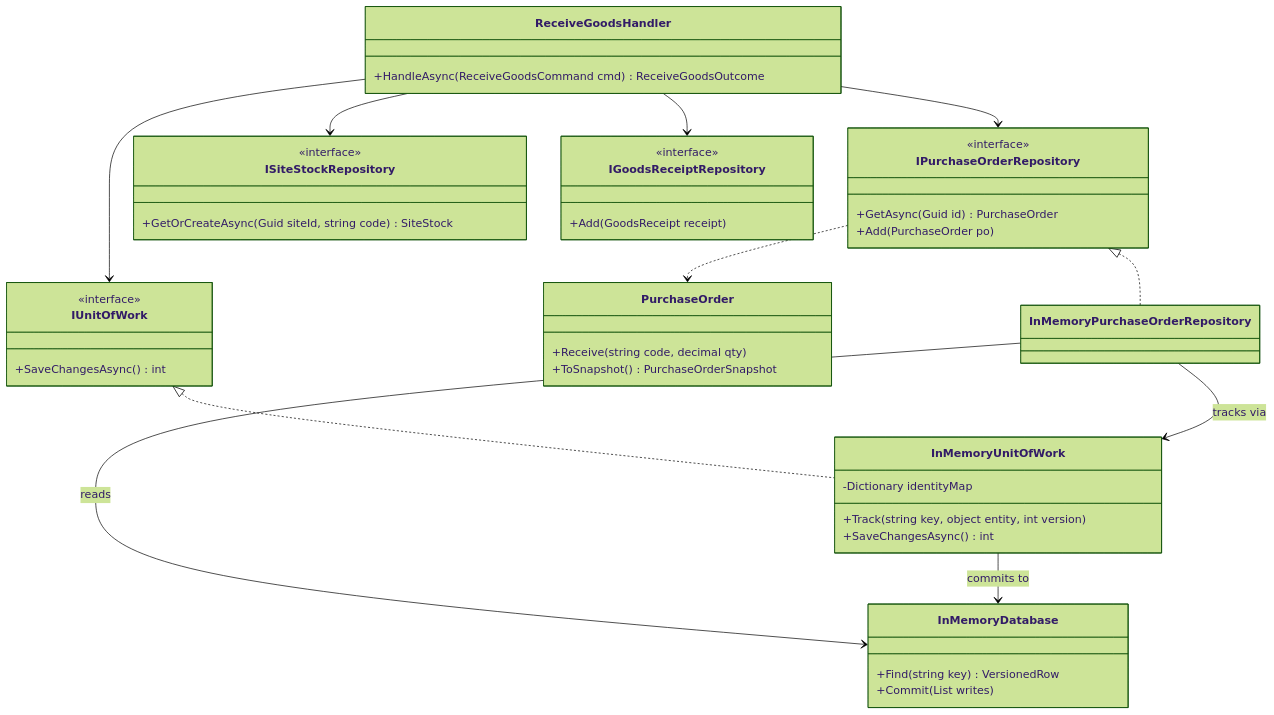
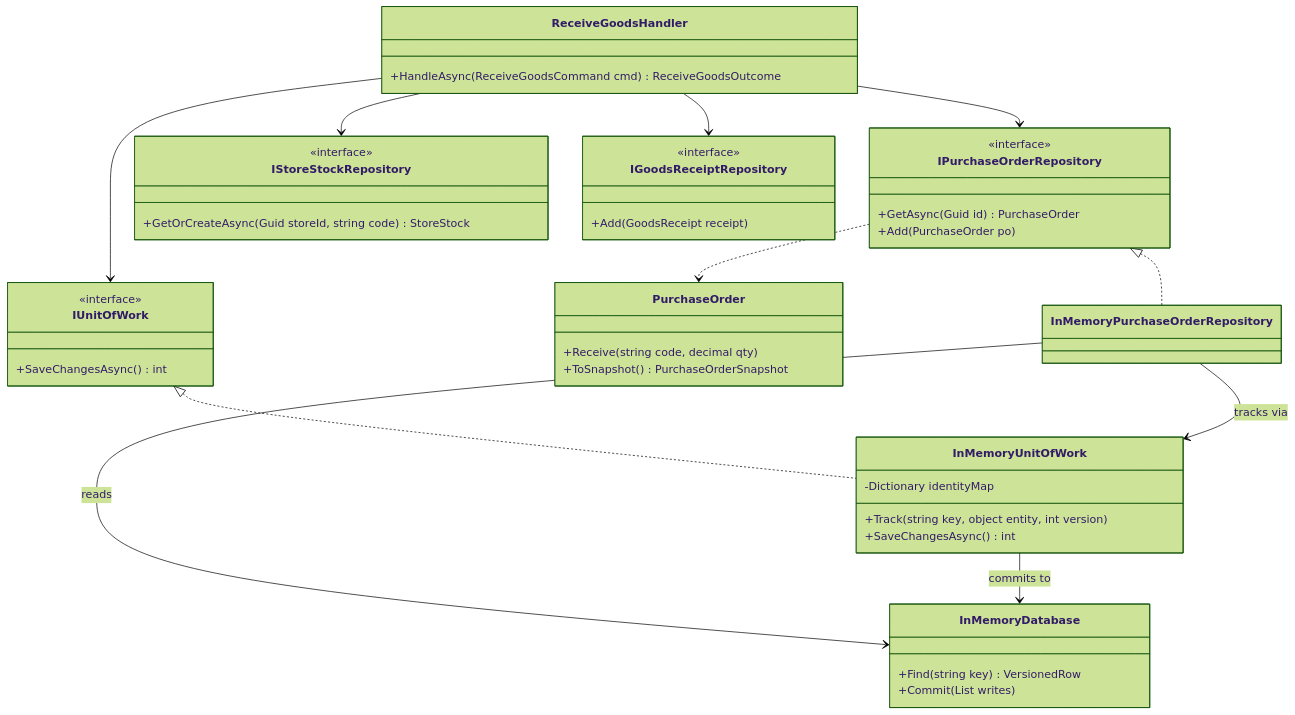
One commit to rizwi0786/system-design-lab changed the first of 2 diagrams in content/lessons/m06/m06-repository-uow.md. Above: the diagram before and after it, drawn with Mermaid (forest theme). The commit also changed other lines of this file and 334 other files, not shown here.

````diff
--- a/content/lessons/m06/m06-repository-uow.md
+++ b/content/lessons/m06/m06-repository-uow.md
@@ -115,46 +117,46 @@
 ```mermaid
 classDiagram
     class ReceiveGoodsHandler {
         +HandleAsync(ReceiveGoodsCommand cmd) ReceiveGoodsOutcome
     }
     class IPurchaseOrderRepository {
         <<interface>>
         +GetAsync(Guid id) PurchaseOrder
         +Add(PurchaseOrder po)
     }
-    class ISiteStockRepository {
+    class IStoreStockRepository {
         <<interface>>
-        +GetOrCreateAsync(Guid siteId, string code) SiteStock
+        +GetOrCreateAsync(Guid storeId, string code) StoreStock
     }
     class IGoodsReceiptRepository {
         <<interface>>
         +Add(GoodsReceipt receipt)
     }
     class IUnitOfWork {
         <<interface>>
         +SaveChangesAsync() int
     }
     class InMemoryUnitOfWork {
         -Dictionary identityMap
         +Track(string key, object entity, int version)
         +SaveChangesAsync() int
     }
     class InMemoryDatabase {
         +Find(string key) VersionedRow
         +Commit(List writes)
     }
     class PurchaseOrder {
         +Receive(string code, decimal qty)
         +ToSnapshot() PurchaseOrderSnapshot
     }
     ReceiveGoodsHandler --> IPurchaseOrderRepository
-    ReceiveGoodsHandler --> ISiteStockRepository
+    ReceiveGoodsHandler --> IStoreStockRepository
     ReceiveGoodsHandler --> IGoodsReceiptRepository
     ReceiveGoodsHandler --> IUnitOfWork
     IUnitOfWork <|.. InMemoryUnitOfWork
     IPurchaseOrderRepository <|.. InMemoryPurchaseOrderRepository
     InMemoryPurchaseOrderRepository --> InMemoryUnitOfWork : tracks via
     InMemoryPurchaseOrderRepository --> InMemoryDatabase : reads
     InMemoryUnitOfWork --> InMemoryDatabase : commits to
     IPurchaseOrderRepository ..> PurchaseOrder
 ```
````
